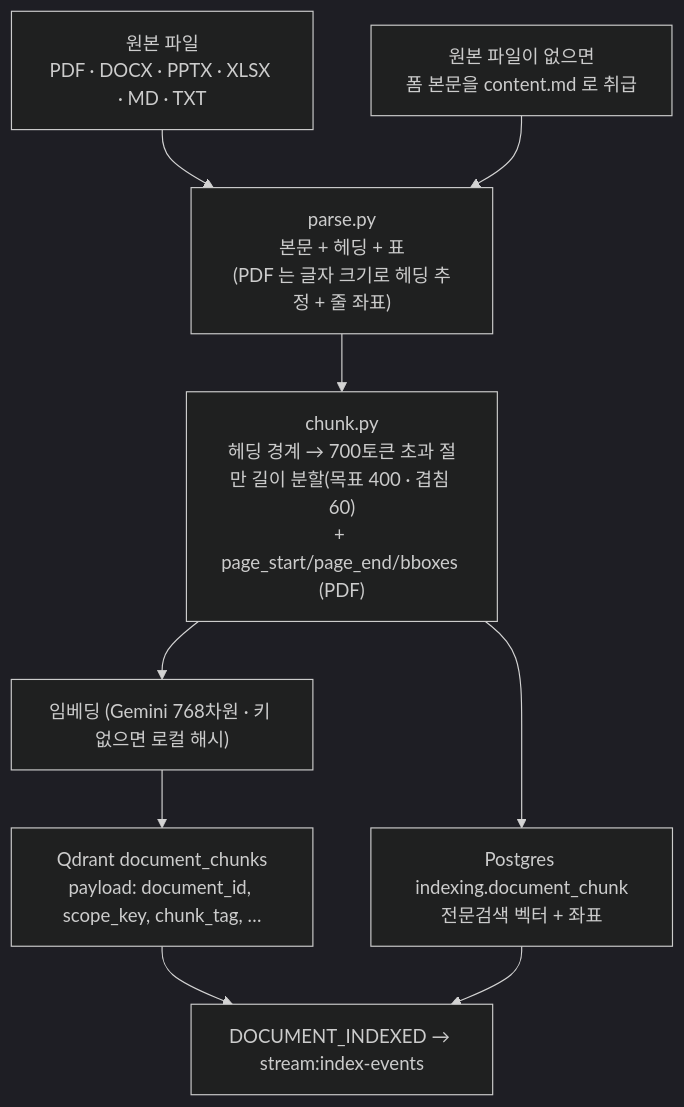
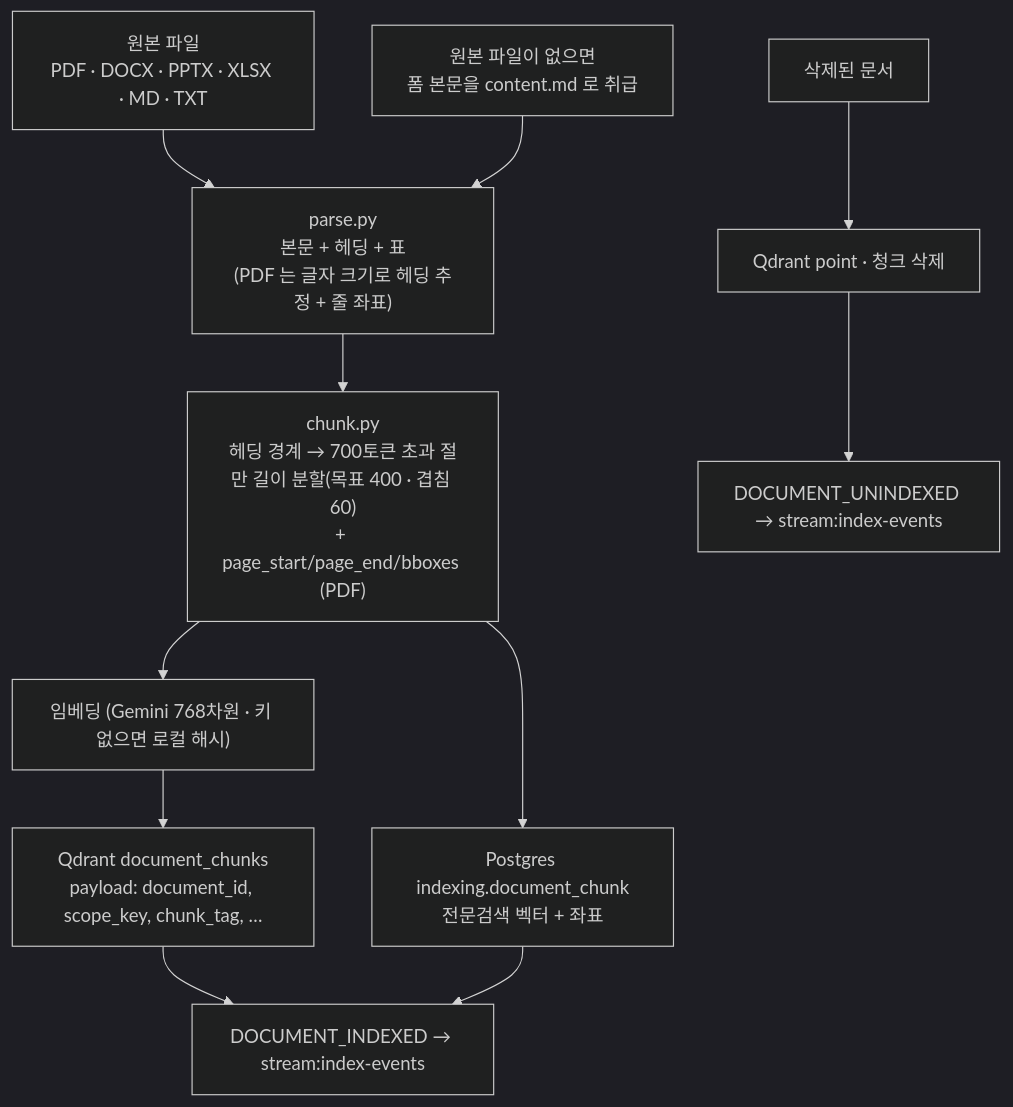
The seventh of 7 diagrams in docs/아키텍처_및_요청흐름.md (bbbbb0413/org-decision-history), drawn with Mermaid (dark theme) before and after one commit. The commit also changed other lines of this file and 191 other files, not shown here.

````diff
--- a/docs/아키텍처_및_요청흐름.md
+++ b/docs/아키텍처_및_요청흐름.md
@@ -257,10 +324,11 @@
 ```mermaid
 flowchart TB
     F["원본 파일<br/>PDF · DOCX · PPTX · XLSX · MD · TXT"] --> P["parse.py<br/>본문 + 헤딩 + 표<br/>(PDF 는 글자 크기로 헤딩 추정 + 줄 좌표)"]
     T["원본 파일이 없으면<br/>폼 본문을 content.md 로 취급"] --> P
     P --> CK["chunk.py<br/>헤딩 경계 → 700토큰 초과 절만 길이 분할(목표 400 · 겹침 60)<br/>+ page_start/page_end/bboxes (PDF)"]
     CK --> E["임베딩 (Gemini 768차원 · 키 없으면 로컬 해시)"]
     E --> V["Qdrant document_chunks<br/>payload: document_id, scope_key, chunk_tag, …"]
     CK --> PG["Postgres indexing.document_chunk<br/>전문검색 벡터 + 좌표"]
     V & PG --> DONE["DOCUMENT_INDEXED → stream:index-events"]
+    DEL["삭제된 문서"] --> RM["Qdrant point · 청크 삭제"] --> UN["DOCUMENT_UNINDEXED → stream:index-events"]
 ```
````
